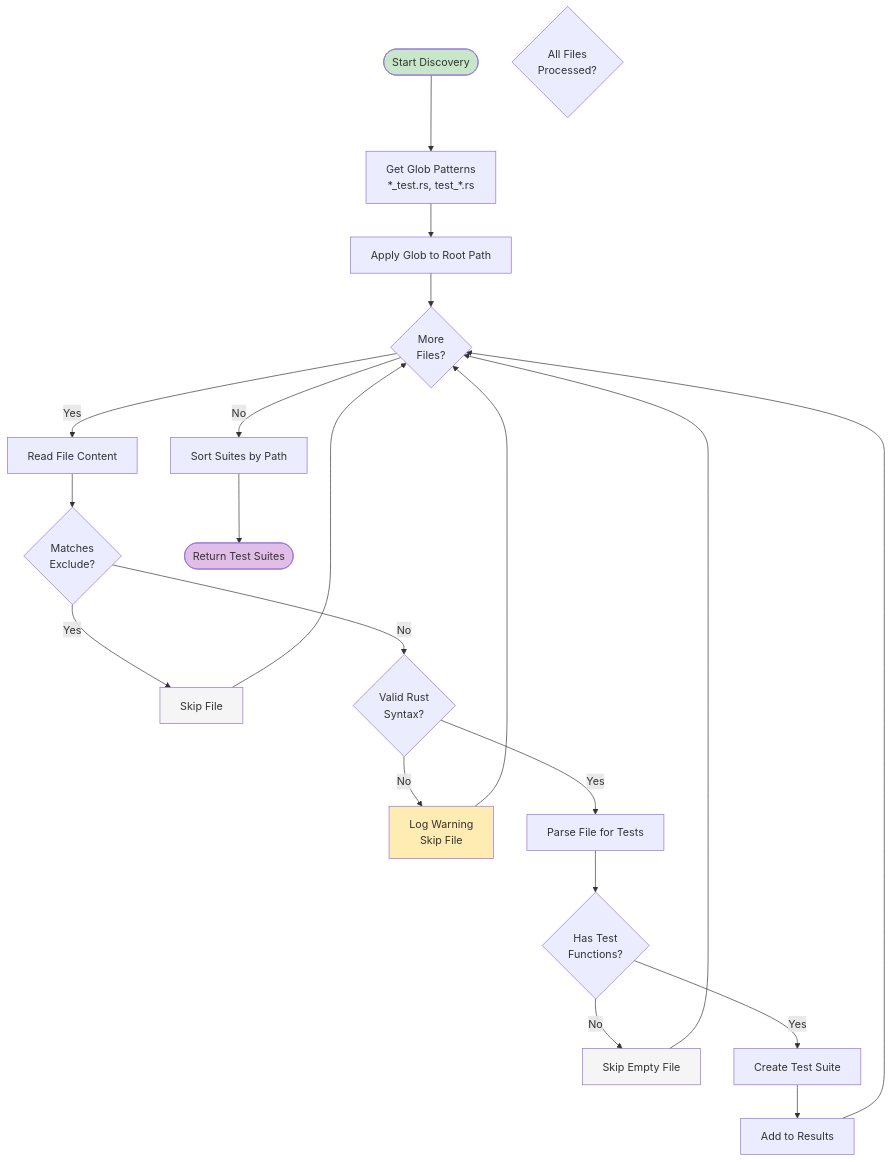
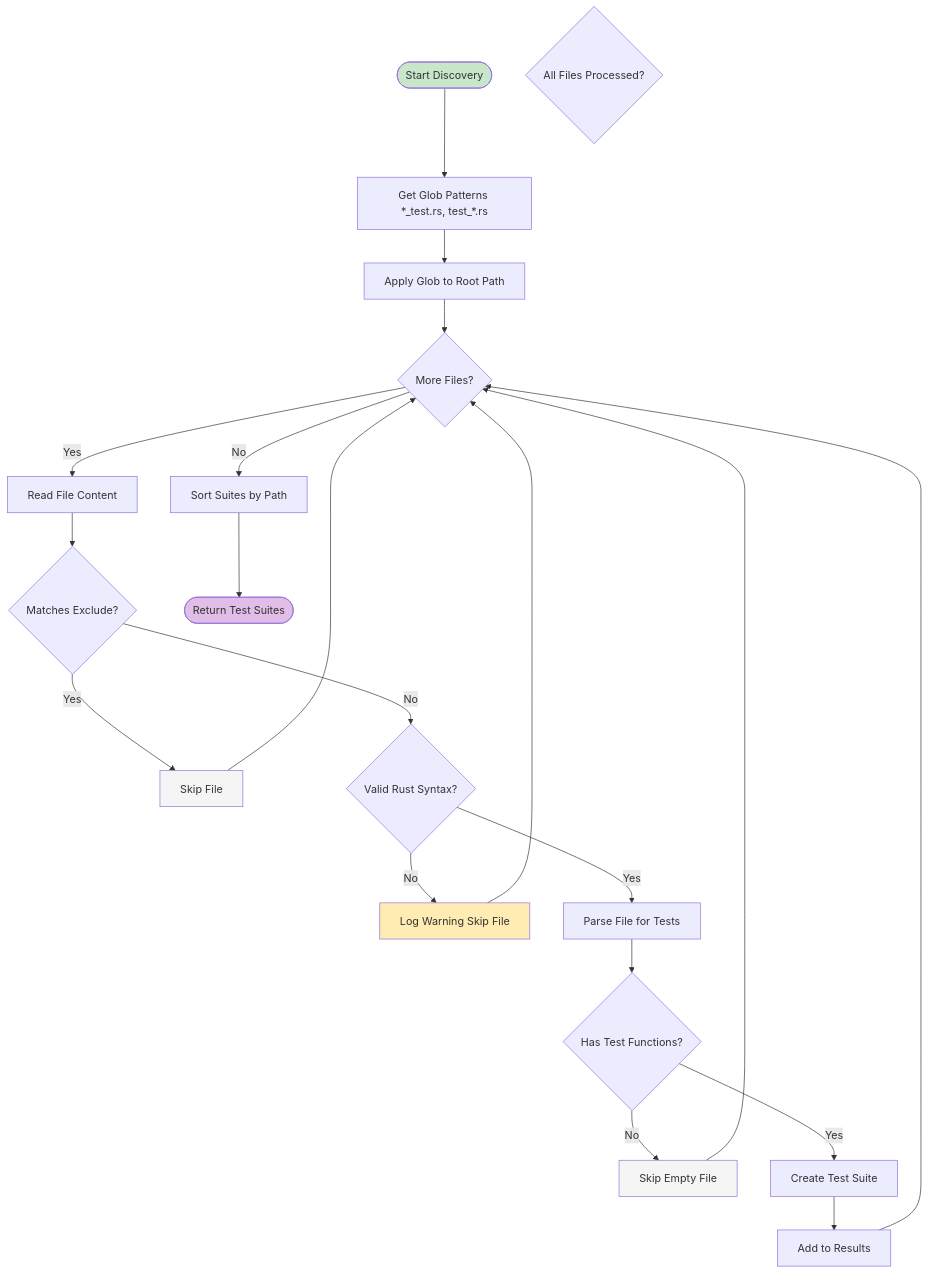
The third of 15 diagrams in wiki/Test-Loader.md (softwarewrighter/ui-test-rs), drawn with Mermaid before and after one commit. The commit also changed other lines of this file and 10 other files, not shown here.

First line of the commit message:
Fix wiki Mermaid diagrams: remove <br/> tags

````diff
--- a/wiki/Test-Loader.md
+++ b/wiki/Test-Loader.md
@@ -91,60 +91,60 @@
 ```mermaid
 flowchart TB
     Start([Start Discovery])
-    GetPatterns[Get Glob Patterns<br/>*_test.rs, test_*.rs]
+    GetPatterns[Get Glob Patterns *_test.rs, test_*.rs]
     ApplyGlob[Apply Glob to Root Path]
-    MoreFiles{More<br/>Files?}
+    MoreFiles{More Files?}
 
     ReadFile[Read File Content]
-    CheckExclude{Matches<br/>Exclude?}
+    CheckExclude{Matches Exclude?}
     SkipFile[Skip File]
 
-    ValidRust{Valid Rust<br/>Syntax?}
-    WarnInvalid[Log Warning<br/>Skip File]
+    ValidRust{Valid Rust Syntax?}
+    WarnInvalid[Log Warning Skip File]
 
     ParseFile[Parse File for Tests]
-    HasTests{Has Test<br/>Functions?}
+    HasTests{Has Test Functions?}
     SkipEmpty[Skip Empty File]
 
     CreateSuite[Create Test Suite]
     AddToResults[Add to Results]
 
-    AllDone{All Files<br/>Processed?}
+    AllDone{All Files Processed?}
     SortSuites[Sort Suites by Path]
     Done([Return Test Suites])
 
     Start --> GetPatterns
     GetPatterns --> ApplyGlob
     ApplyGlob --> MoreFiles
 
     MoreFiles -->|Yes| ReadFile
     MoreFiles -->|No| SortSuites
 
     ReadFile --> CheckExclude
     CheckExclude -->|Yes| SkipFile
     CheckExclude -->|No| ValidRust
 
     SkipFile --> MoreFiles
 
     ValidRust -->|No| WarnInvalid
     ValidRust -->|Yes| ParseFile
 
     WarnInvalid --> MoreFiles
 
     ParseFile --> HasTests
     HasTests -->|No| SkipEmpty
     HasTests -->|Yes| CreateSuite
 
     SkipEmpty --> MoreFiles
 
     CreateSuite --> AddToResults
     AddToResults --> MoreFiles
 
     SortSuites --> Done
 
     style Start fill:#c8e6c9
     style Done fill:#e1bee7
     style WarnInvalid fill:#ffecb3
     style SkipFile fill:#f5f5f5
     style SkipEmpty fill:#f5f5f5
 ```
````
